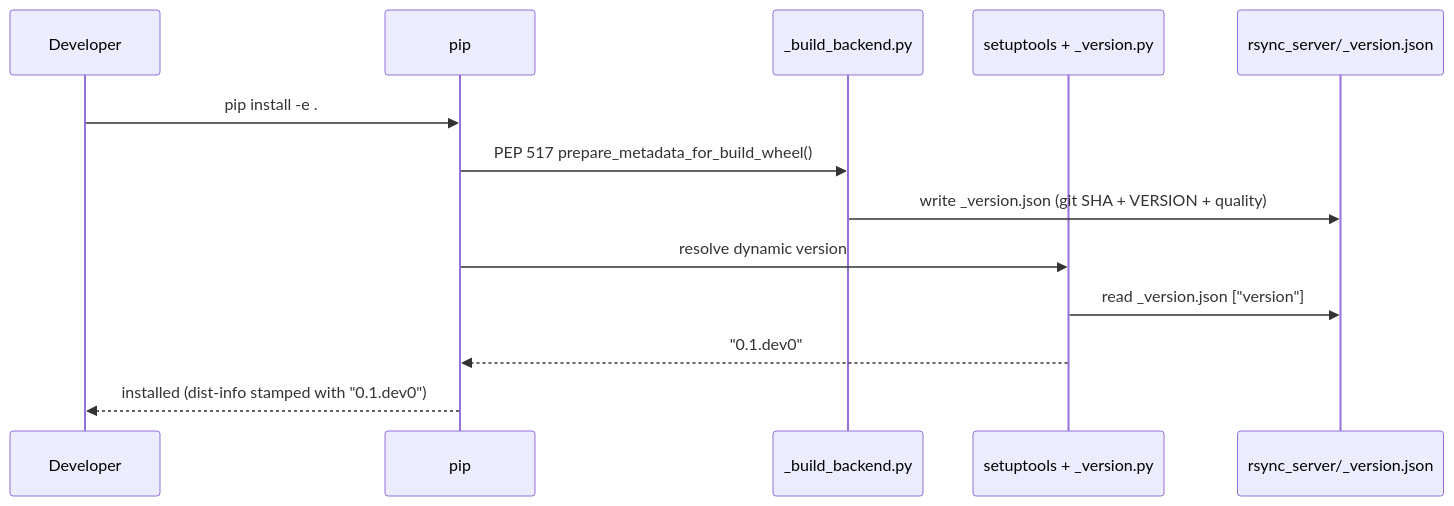
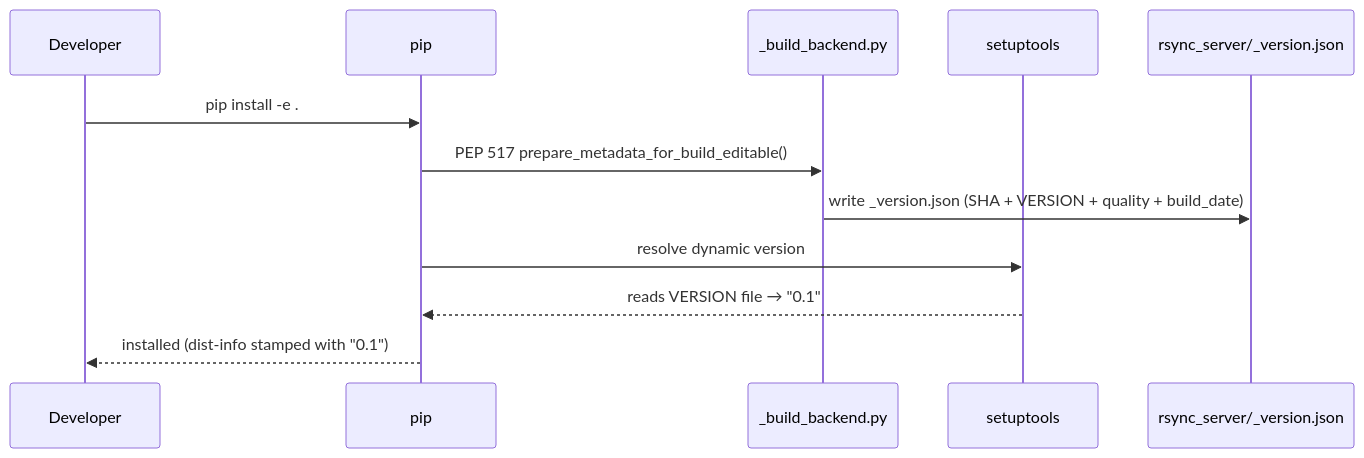
One commit to basvandriel/rsync-server changed the first of 3 diagrams in VERSIONING.md. Above: the diagram before and after it, drawn with Mermaid. The commit also changed other lines of this file and 3 other files, not shown here.

````diff
--- a/VERSIONING.md
+++ b/VERSIONING.md
@@ -29,16 +57,15 @@
 ```mermaid
 sequenceDiagram
     participant dev as Developer
     participant pip as pip
     participant be  as _build_backend.py
-    participant setup as setuptools + _version.py
+    participant setup as setuptools
     participant disk as rsync_server/_version.json
 
     dev->>pip: pip install -e .
-    pip->>be: PEP 517 prepare_metadata_for_build_wheel()
-    be->>disk: write _version.json (git SHA + VERSION + quality)
+    pip->>be: PEP 517 prepare_metadata_for_build_editable()
+    be->>disk: write _version.json (SHA + VERSION + quality + build_date)
     pip->>setup: resolve dynamic version
-    setup->>disk: read _version.json ["version"]
-    setup-->>pip: "0.1.dev0"
-    pip-->>dev: installed (dist-info stamped with "0.1.dev0")
+    setup-->>pip: reads VERSION file → "0.1"
+    pip-->>dev: installed (dist-info stamped with "0.1")
 ```
````
